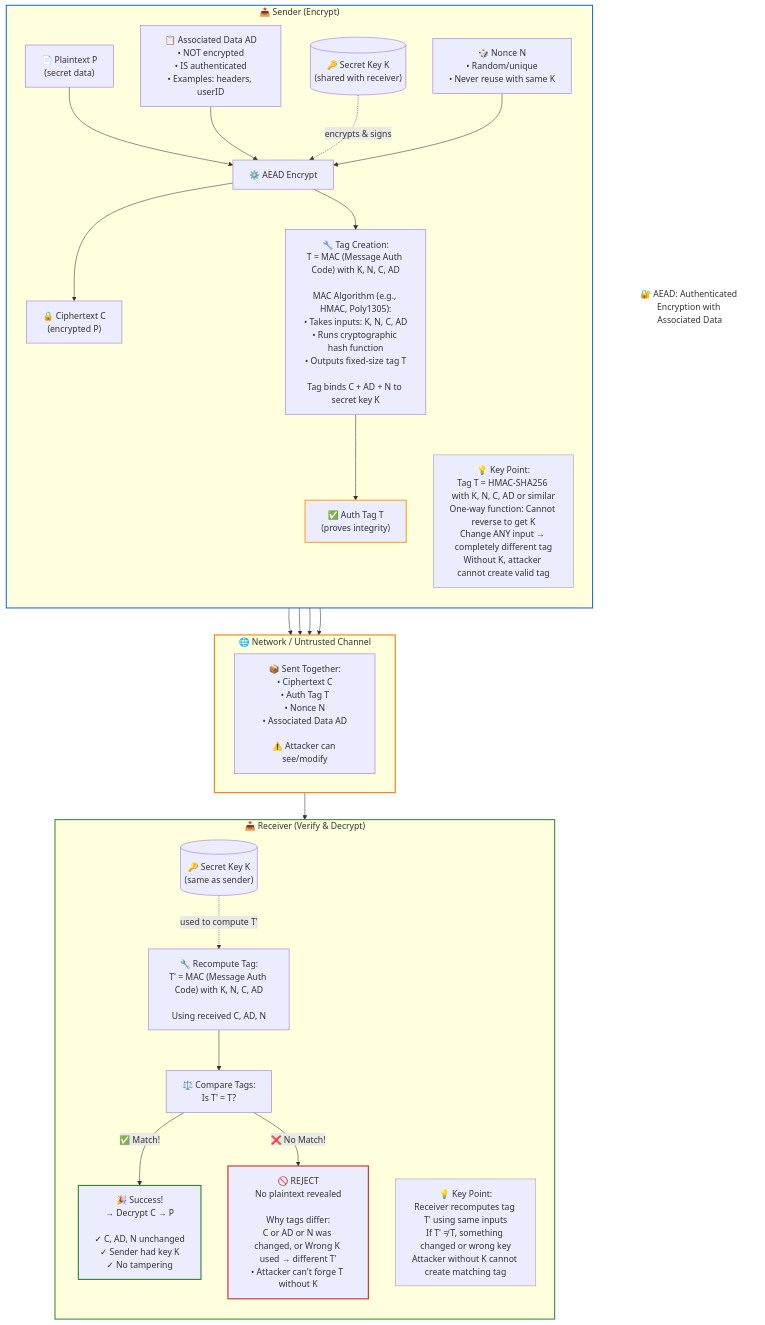
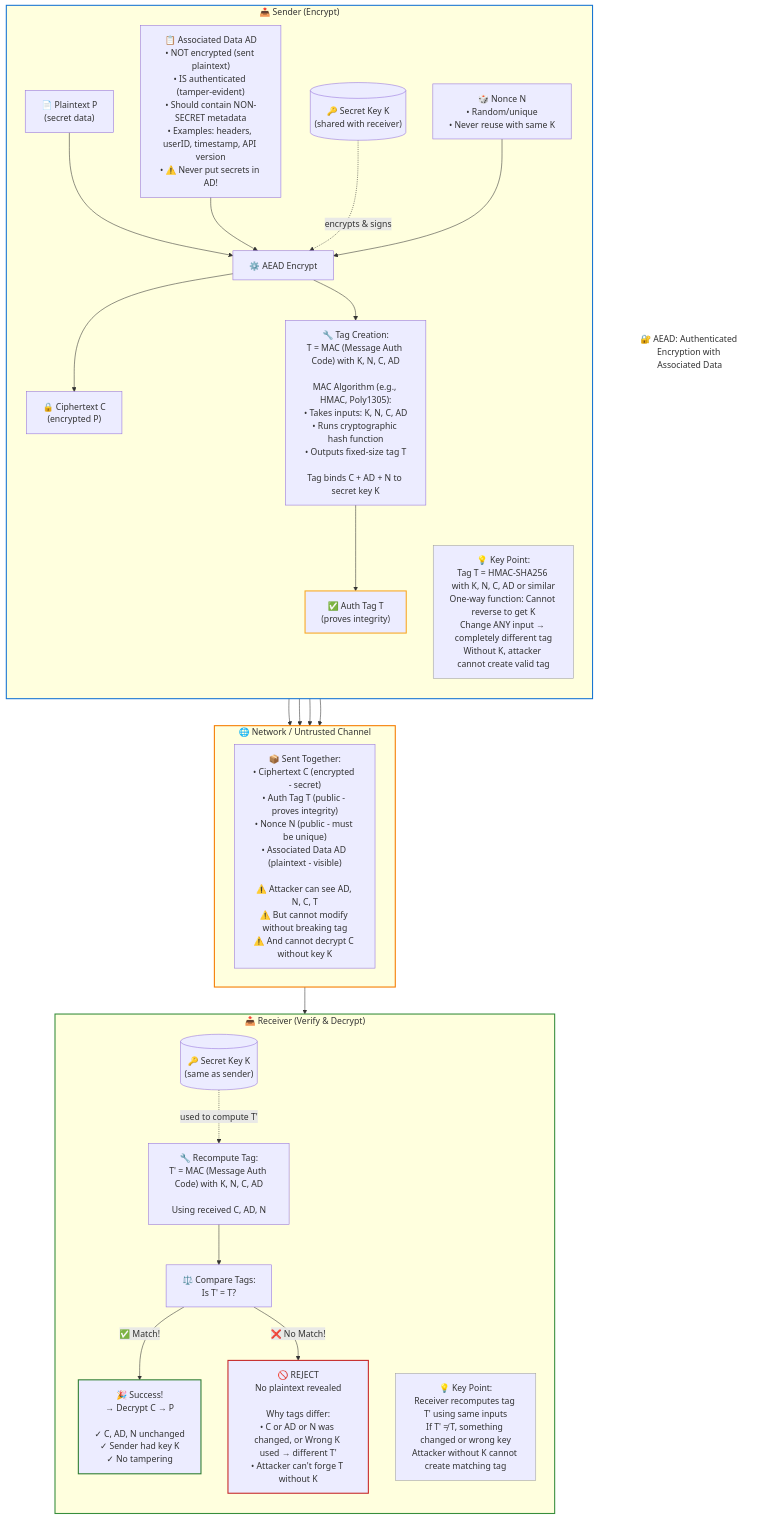
The diagram in diagrams/03-aead.mmd (irahulsawhney/crypto-concepts), drawn with Mermaid before and after one commit. The commit also changed 1 other file, not shown here.

Commit message:
Clarify that AD is plaintext and explain why it's not a security risk

```diff
--- a/diagrams/03-aead.mmd
+++ b/diagrams/03-aead.mmd
@@ -1,85 +1,85 @@
 %% AEAD (Authenticated Encryption with Associated Data) — Mermaid Cheat Sheet
 %% Save as .mmd and preview with any Mermaid renderer.
 
 %% ------------ FLOW OVERVIEW ------------
 flowchart TB
   Title["🔐 AEAD: Authenticated Encryption with Associated Data"]
   
   subgraph Sender["📤 Sender (Encrypt)"]
     direction TB
     P["📄 Plaintext P<br/>(secret data)"]
-    AD["📋 Associated Data AD<br/>• NOT encrypted<br/>• IS authenticated<br/>• Examples: headers, userID"]
+    AD["📋 Associated Data AD<br/>• NOT encrypted (sent plaintext)<br/>• IS authenticated (tamper-evident)<br/>• Should contain NON-SECRET metadata<br/>• Examples: headers, userID, timestamp, API version<br/>• ⚠️ Never put secrets in AD!"]
     K[("🔑 Secret Key K<br/>(shared with receiver)")]
     N["🎲 Nonce N<br/>• Random/unique<br/>• Never reuse with same K"]
     
     P --> E
     AD --> E
     K -.->|encrypts & signs| E
     N --> E
     
     E["⚙️ AEAD Encrypt"]
     
     E --> C["🔒 Ciphertext C<br/>(encrypted P)"]
     E --> TagCreate["🔧 Tag Creation:<br/>T = MAC (Message Auth Code) with K, N, C, AD<br/><br/>MAC Algorithm (e.g., HMAC, Poly1305):<br/>• Takes inputs: K, N, C, AD<br/>• Runs cryptographic hash function<br/>• Outputs fixed-size tag T<br/><br/>Tag binds C + AD + N to secret key K"]
     TagCreate --> T["✅ Auth Tag T<br/>(proves integrity)"]
     
     SNote["💡 Key Point:<br/>Tag T = HMAC-SHA256 with K, N, C, AD or similar<br/>One-way function: Cannot reverse to get K<br/>Change ANY input → completely different tag<br/>Without K, attacker cannot create valid tag"]
   end
 
   C --> Channel
   T --> Channel
   N --> Channel
   AD --> Channel
   
   subgraph Channel["🌐 Network / Untrusted Channel"]
-    Bundle["📦 Sent Together:<br/>• Ciphertext C<br/>• Auth Tag T<br/>• Nonce N<br/>• Associated Data AD<br/><br/>⚠️ Attacker can see/modify"]
+    Bundle["📦 Sent Together:<br/>• Ciphertext C (encrypted - secret)<br/>• Auth Tag T (public - proves integrity)<br/>• Nonce N (public - must be unique)<br/>• Associated Data AD (plaintext - visible)<br/><br/>⚠️ Attacker can see AD, N, C, T<br/>⚠️ But cannot modify without breaking tag<br/>⚠️ And cannot decrypt C without key K"]
   end
 
   Channel --> Receiver
   
   subgraph Receiver["📥 Receiver (Verify & Decrypt)"]
     direction TB
     KR[("🔑 Secret Key K<br/>(same as sender)")]
     
     RecompTag["🔧 Recompute Tag:<br/>T' = MAC (Message Auth Code) with K, N, C, AD<br/><br/>Using received C, AD, N"]
     
     Compare["⚖️ Compare Tags:<br/>Is T' = T?"]
     
     KR -.->|used to compute T'| RecompTag
     RecompTag --> Compare
     
     Compare -->|✅ Match!| Valid["🎉 Success!<br/>→ Decrypt C → P<br/><br/>✓ C, AD, N unchanged<br/>✓ Sender had key K<br/>✓ No tampering"]
-    Compare -->|❌ No Match!| Invalid["🚫 REJECT<br/>No plaintext revealed<br/><br/>Why tags differ:<br/>C or AD or N was changed, or Wrong K used → different T'<br/>• Attacker can't forge T without K"]
+    Compare -->|❌ No Match!| Invalid["🚫 REJECT<br/>No plaintext revealed<br/><br/>Why tags differ:<br/>• C or AD or N was changed, or Wrong K used → different T'<br/>• Attacker can't forge T without K"]
     
     RNote["💡 Key Point:<br/>Receiver recomputes tag T' using same inputs<br/>If T' ≠ T, something changed or wrong key<br/>Attacker without K cannot create matching tag"]
   end
 
   %% Styling
   style Sender stroke:#1976d2,stroke-width:2px
   style Channel stroke:#f57c00,stroke-width:2px
   style Receiver stroke:#388e3c,stroke-width:2px
   style Title fill:none,stroke:none,font-size:16px
   style Valid stroke:#2e7d32,stroke-width:2px
   style Invalid stroke:#c62828,stroke-width:2px
   style T stroke:#f9a825,stroke-width:2px
   style SNote stroke:#9e9e9e,stroke-width:1px
   style RNote stroke:#9e9e9e,stroke-width:1px
 
   %% Notes
   %% - Confidentiality: P is hidden inside C.
   %% - Integrity & Authenticity: T binds (C, AD, N) to K; tampering causes verify failure.
   %% - AD is authenticated but not encrypted (visible headers/metadata).
   %% - N must NEVER repeat with the same K. Reuse can break security catastrophically.
 
   %% AT-A-GLANCE
   %% • AEAD = Authenticated Encryption with Associated Data
   %% • Protects two things at once:
   %%     1) Confidentiality (encrypts P into C)
   %%     2) Integrity/Authenticity (T proves C+AD+N come from someone with K)
   %% • Associated Data (AD):
   %%     - Not encrypted (visible), but authenticated (tamper-evident)
   %%     - Examples: headers, user/account IDs, API version, timestamps
   %% • Nonce/IV (N):
   %%     - Unique per (K) to prevent reuse attacks
   %% • Typical algorithms:
   %%     - AES-GCM, ChaCha20-Poly1305
```
